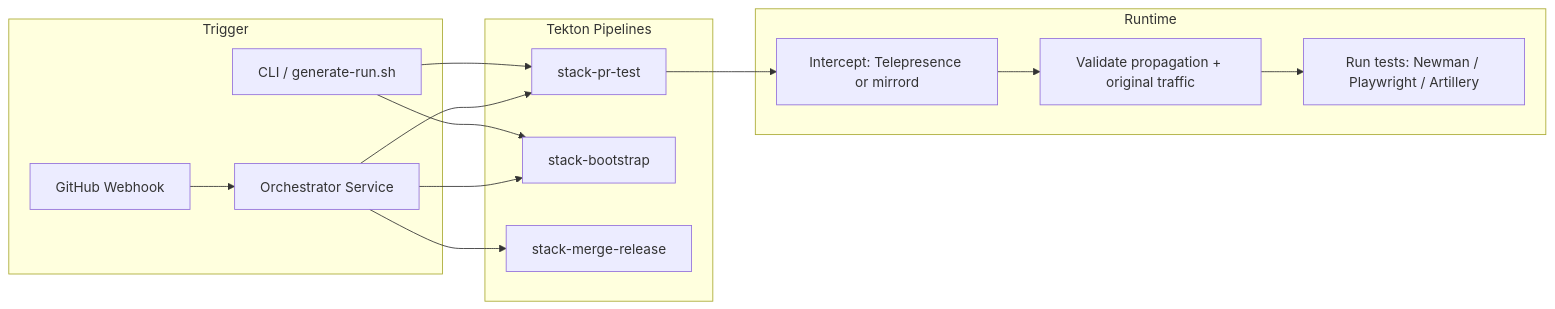
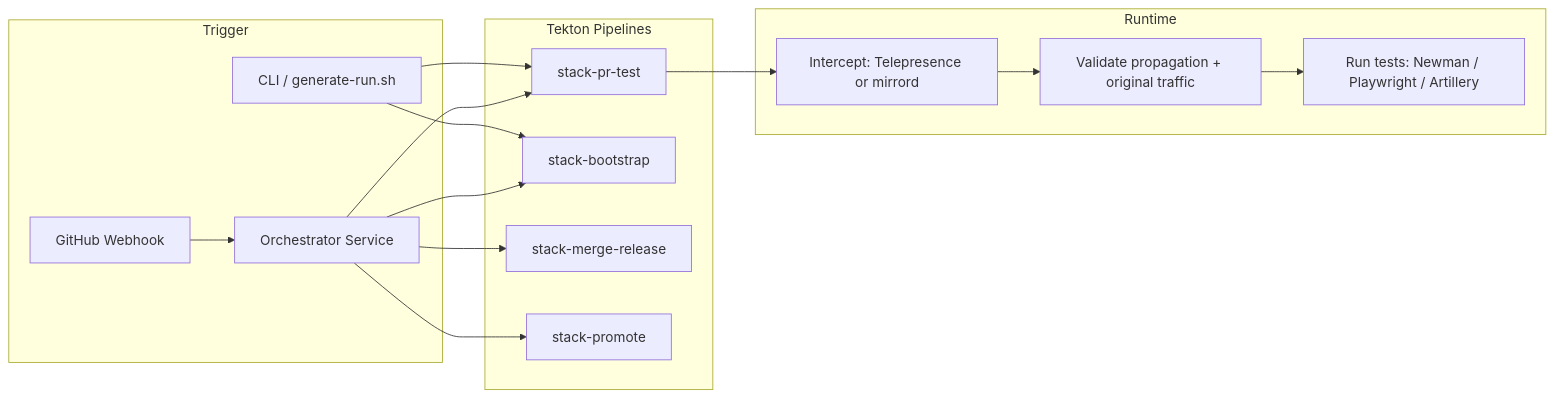
The first of 3 diagrams in README.md (jmjava/tekton-dag), drawn with Mermaid before and after one commit. The commit also changed other lines of this file and 1 other file, not shown here.

````diff
--- a/README.md
+++ b/README.md
@@ -95,25 +108,27 @@
 ```mermaid
 flowchart LR
   subgraph trigger [Trigger]
     Webhook[GitHub Webhook]
     Orchestrator[Orchestrator Service]
     CLI[CLI / generate-run.sh]
   end
   subgraph pipelines [Tekton Pipelines]
     PR[stack-pr-test]
     Bootstrap[stack-bootstrap]
     Merge[stack-merge-release]
+    Promote[stack-promote]
   end
   subgraph runtime [Runtime]
     Intercept[Intercept: Telepresence or mirrord]
     Validate[Validate propagation + original traffic]
     Test[Run tests: Newman / Playwright / Artillery]
   end
   Webhook --> Orchestrator
   Orchestrator --> PR
   Orchestrator --> Bootstrap
   Orchestrator --> Merge
+  Orchestrator --> Promote
   CLI --> PR
   CLI --> Bootstrap
   PR --> Intercept --> Validate --> Test
 ```
````
